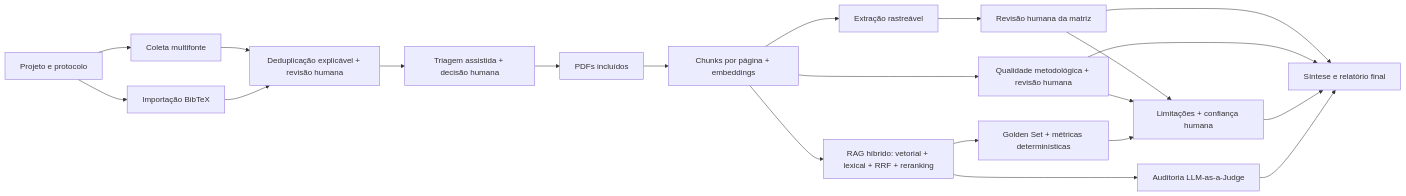
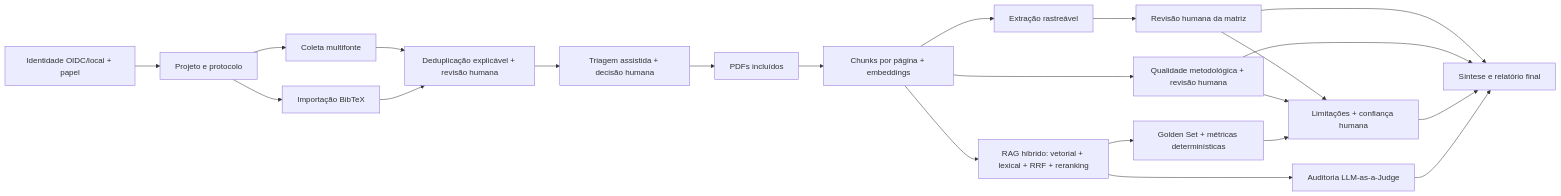
Before and after one commit to lucianodiassp/rag-revisao-sistematica: the diagram in README.md, drawn with Mermaid. The commit also changed other lines of this file, not shown here.

````diff
--- a/README.md
+++ b/README.md
@@ -378,23 +405,24 @@
 ```mermaid
 flowchart LR
-    A["Projeto e protocolo"] --> B["Coleta multifonte"]
+    U["Identidade OIDC/local + papel"] --> A["Projeto e protocolo"]
+    A --> B["Coleta multifonte"]
     A --> B2["Importação BibTeX"]
     B --> C["Deduplicação explicável + revisão humana"]
     B2 --> C
     C --> D["Triagem assistida + decisão humana"]
     D --> E["PDFs incluídos"]
     E --> F["Chunks por página + embeddings"]
     F --> G["RAG híbrido: vetorial + lexical + RRF + reranking"]
     F --> H["Extração rastreável"]
     H --> I["Revisão humana da matriz"]
     F --> Q["Qualidade metodológica + revisão humana"]
     I --> R["Limitações + confiança humana"]
     Q --> R
     L --> R
     G --> J["Auditoria LLM-as-a-Judge"]
     G --> L["Golden Set + métricas determinísticas"]
     I --> K["Síntese e relatório final"]
     Q --> K
     R --> K
     J --> K
 ```
````
